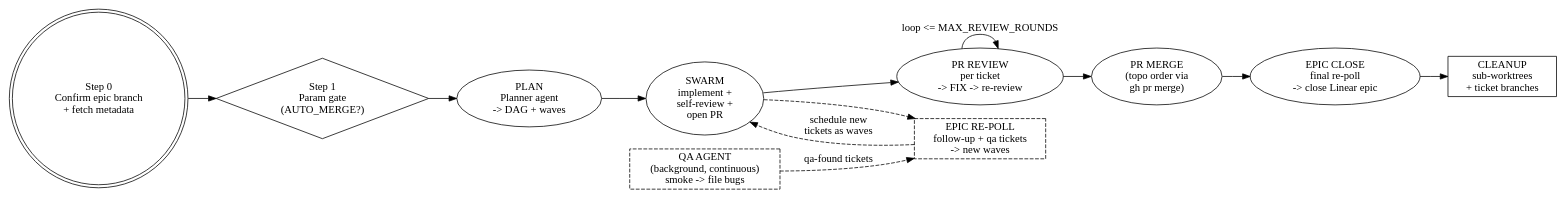
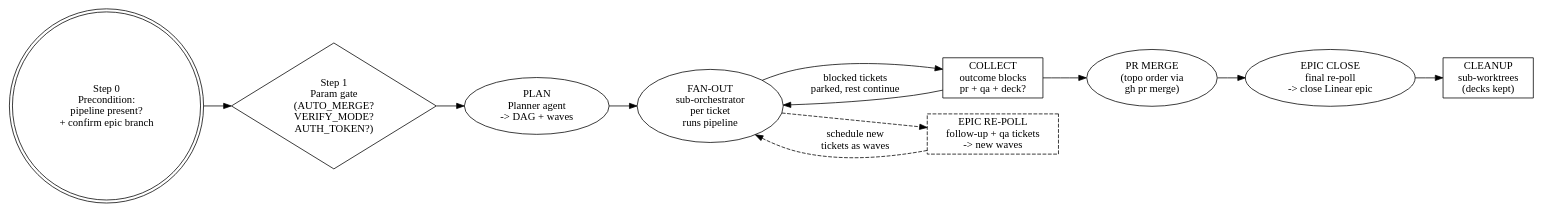
Before and after one commit to jparr721/jp-skills: the diagram in dark-factory/SKILL.md, drawn with Graphviz. The commit also changed other lines of this file and 1 other file, not shown here.

First line of the commit message:
feat(pipeline, dark-factory): unsupervised supervisor runs, always-overdrive, QA decks, factory fan-out

````diff
--- a/dark-factory/SKILL.md
+++ b/dark-factory/SKILL.md
@@ -55,21 +83,19 @@
 ```dot
 digraph dark_factory {
   rankdir=LR;
-  intake   [label="Step 0\nConfirm epic branch\n+ fetch metadata" shape=doublecircle];
-  gate     [label="Step 1\nParam gate\n(AUTO_MERGE?)" shape=diamond];
+  intake   [label="Step 0\nPrecondition:\npipeline present?\n+ confirm epic branch" shape=doublecircle];
+  gate     [label="Step 1\nParam gate\n(AUTO_MERGE?\nVERIFY_MODE?\nAUTH_TOKEN?)" shape=diamond];
   plan     [label="PLAN\nPlanner agent\n-> DAG + waves"];
-  swarm    [label="SWARM\nimplement +\nself-review +\nopen PR"];
-  review   [label="PR REVIEW\nper ticket\n-> FIX -> re-review"];
+  fanout   [label="FAN-OUT\nsub-orchestrator\nper ticket\nruns pipeline"];
+  collect  [label="COLLECT\noutcome blocks\npr + qa + deck?" shape=box];
   merge    [label="PR MERGE\n(topo order via\ngh pr merge)"];
   close    [label="EPIC CLOSE\nfinal re-poll\n-> close Linear epic"];
-  cleanup  [label="CLEANUP\nsub-worktrees\n+ ticket branches" shape=box];
-  qa       [label="QA AGENT\n(background, continuous)\nsmoke -> file bugs" shape=box style=dashed];
+  cleanup  [label="CLEANUP\nsub-worktrees\n(decks kept)" shape=box];
   backfill [label="EPIC RE-POLL\nfollow-up + qa tickets\n-> new waves" shape=box style=dashed];
 
-  intake -> gate -> plan -> swarm -> review -> merge -> close -> cleanup;
-  review -> review [label="loop <= MAX_REVIEW_ROUNDS"];
-  swarm -> backfill [style=dashed];
-  qa -> backfill [label="qa-found tickets" style=dashed];
-  backfill -> swarm [label="schedule new\ntickets as waves" style=dashed];
+  intake -> gate -> plan -> fanout -> collect -> merge -> close -> cleanup;
+  collect -> fanout [label="blocked tickets\nparked, rest continue"];
+  fanout -> backfill [style=dashed];
+  backfill -> fanout [label="schedule new\ntickets as waves" style=dashed];
 }
 ```
````
